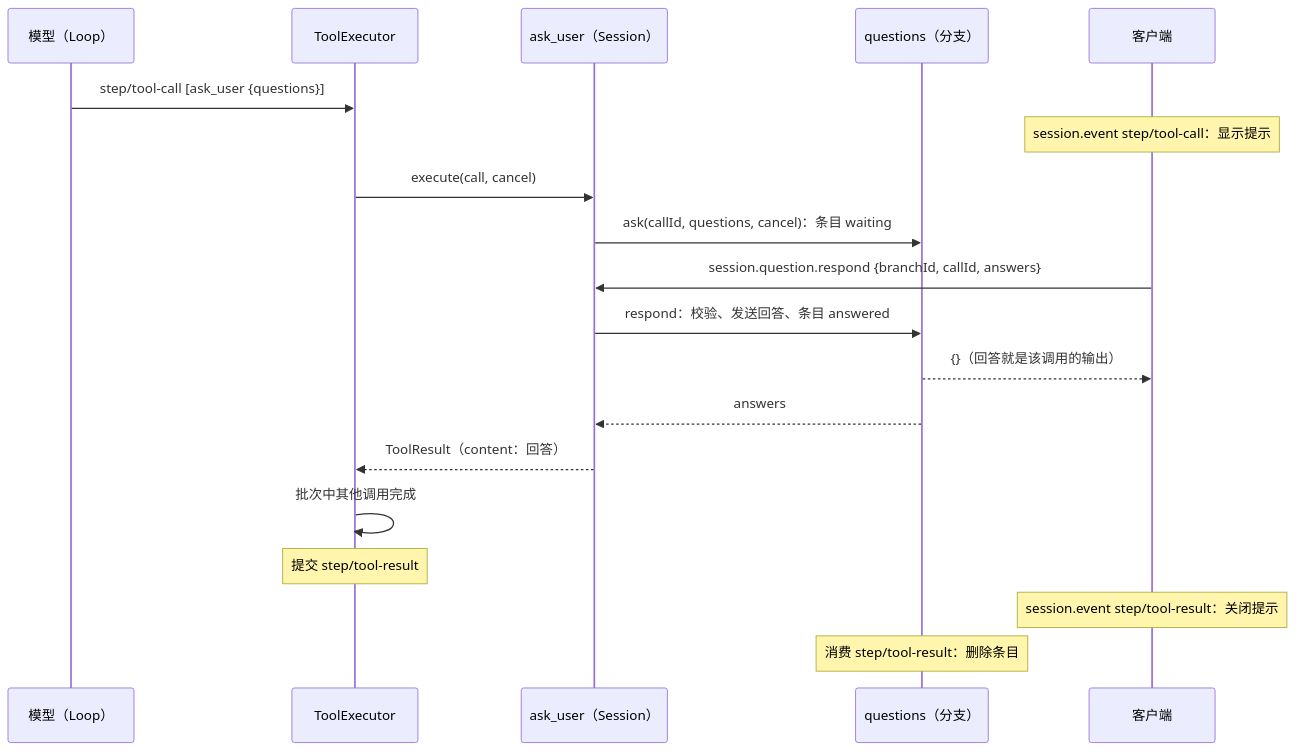
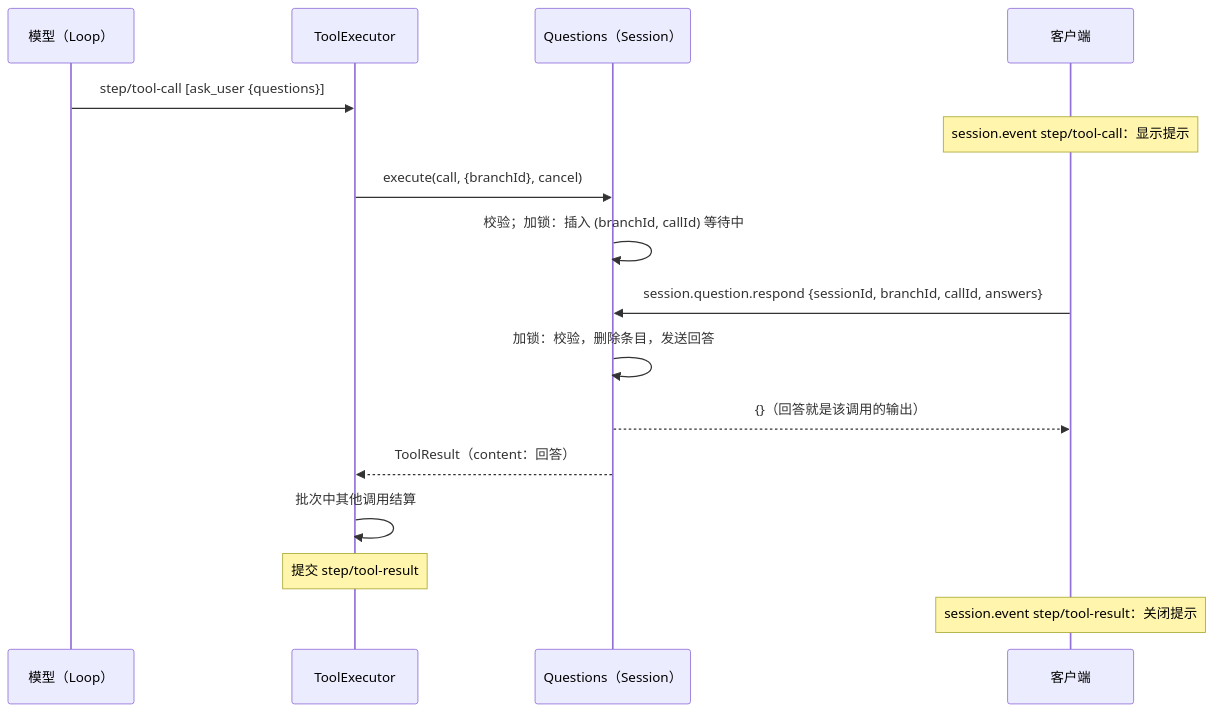
The third of 4 diagrams in docs/zh/design/plugins/Questions.md (CoutinhoTTS/dim-agent), drawn with Mermaid before and after one commit. The commit also changed other lines of this file and 11 other files, not shown here.

````diff
--- a/docs/zh/design/plugins/Questions.md
+++ b/docs/zh/design/plugins/Questions.md
@@ -87,21 +97,18 @@
 ```mermaid
 sequenceDiagram
   participant M as 模型（Loop）
   participant TE as ToolExecutor
-  participant QS as ask_user（Session）
-  participant QB as questions（分支）
+  participant Q as Questions（Session）
   participant C as 客户端
   M->>TE: step/tool-call [ask_user {questions}]
   Note over C: session.event step/tool-call：显示提示
-  TE->>QS: execute(call, cancel)
-  QS->>QB: ask(callId, questions, cancel)：条目 waiting
-  C->>QS: session.question.respond {branchId, callId, answers}
-  QS->>QB: respond：校验、发送回答、条目 answered
-  QB-->>C: {}（回答就是该调用的输出）
-  QB-->>QS: answers
-  QS-->>TE: ToolResult（content：回答）
-  TE->>TE: 批次中其他调用完成
+  TE->>Q: execute(call, {branchId}, cancel)
+  Q->>Q: 校验；加锁：插入 (branchId, callId) 等待中
+  C->>Q: session.question.respond {sessionId, branchId, callId, answers}
+  Q->>Q: 加锁：校验，删除条目，发送回答
+  Q-->>C: {}（回答就是该调用的输出）
+  Q-->>TE: ToolResult（content：回答）
+  TE->>TE: 批次中其他调用结算
   Note over TE: 提交 step/tool-result
   Note over C: session.event step/tool-result：关闭提示
-  Note over QB: 消费 step/tool-result：删除条目
 ```
````
